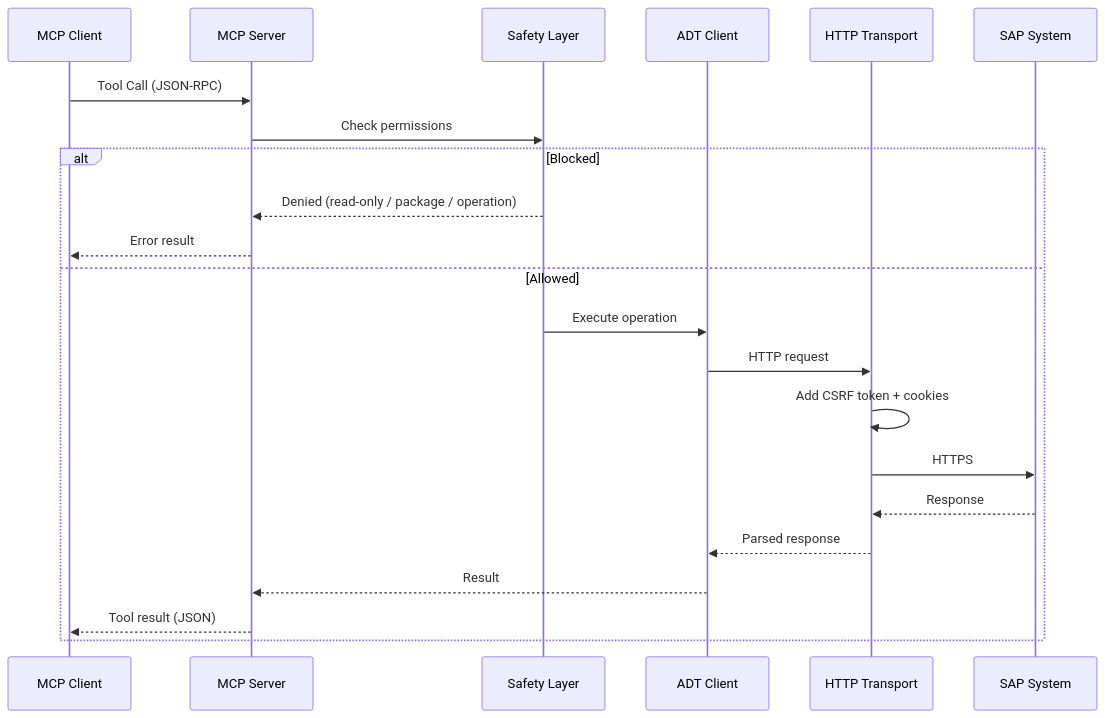
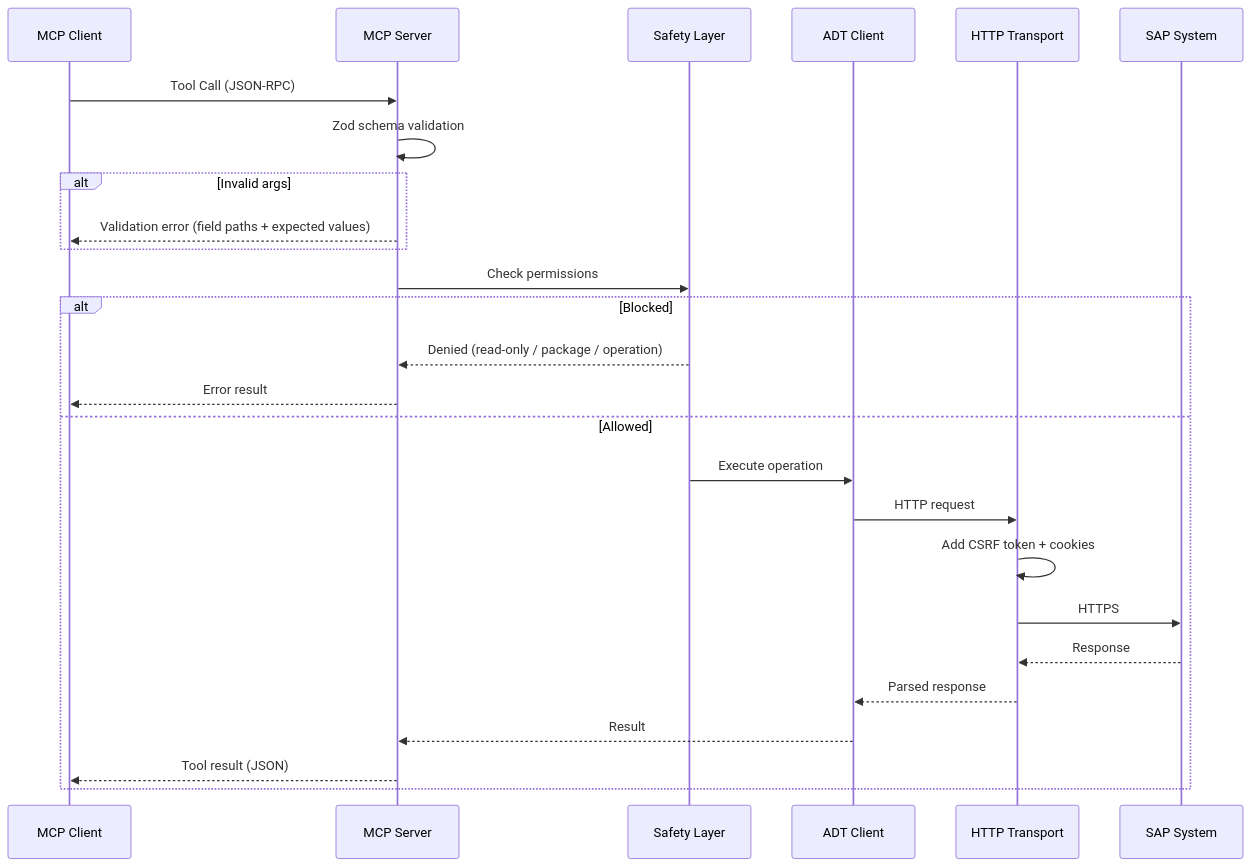
One commit to marianfoo/arc-1 changed the second of 7 diagrams in docs/architecture.md. Above: the diagram before and after it, drawn with Mermaid. The commit also changed 11 other files, not shown here.

First line of the commit message:
feat: add Zod v4 runtime input validation for all MCP tools

````diff
--- a/docs/architecture.md
+++ b/docs/architecture.md
@@ -78,26 +78,30 @@
 ```mermaid
 sequenceDiagram
     participant Client as MCP Client
     participant Server as MCP Server
     participant Safety as Safety Layer
     participant ADT as ADT Client
     participant HTTP as HTTP Transport
     participant SAP as SAP System
 
     Client->>Server: Tool Call (JSON-RPC)
+    Server->>Server: Zod schema validation
+    alt Invalid args
+        Server-->>Client: Validation error (field paths + expected values)
+    end
     Server->>Safety: Check permissions
 
     alt Blocked
         Safety-->>Server: Denied (read-only / package / operation)
         Server-->>Client: Error result
     else Allowed
         Safety->>ADT: Execute operation
         ADT->>HTTP: HTTP request
         HTTP->>HTTP: Add CSRF token + cookies
         HTTP->>SAP: HTTPS
         SAP-->>HTTP: Response
         HTTP-->>ADT: Parsed response
         ADT-->>Server: Result
         Server-->>Client: Tool result (JSON)
     end
 ```
````
